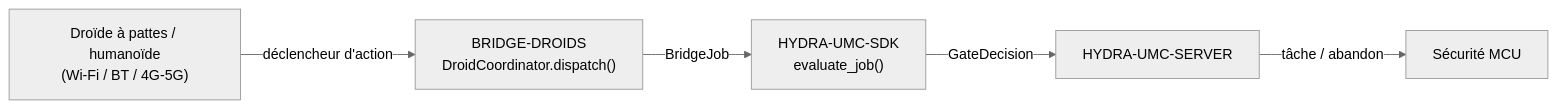
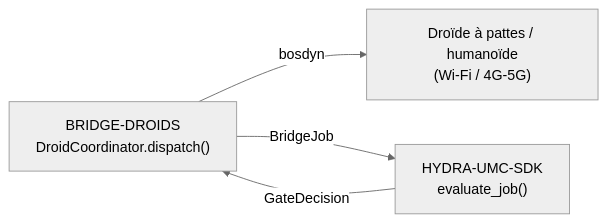
The diagram in README_fra.md (JuanenRac/HYDRA-UMC-BRIDGE-DROIDS), drawn with Mermaid (neutral theme) before and after one commit. The commit also changed other lines of this file and 20 other files, not shown here.

````diff
--- a/README_fra.md
+++ b/README_fra.md
@@ -50,7 +51,6 @@
 ```mermaid
 flowchart LR
-    DROID["Droïde à pattes / humanoïde<br/>(Wi-Fi / BT / 4G-5G)"] -- "déclencheur d'action" --> BRIDGE["BRIDGE-DROIDS<br/>DroidCoordinator.dispatch()"]
+    BRIDGE["BRIDGE-DROIDS<br/>DroidCoordinator.dispatch()"] -- "bosdyn" --> DROID["Droïde à pattes / humanoïde<br/>(Wi-Fi / 4G-5G)"]
     BRIDGE -- BridgeJob --> SDK["HYDRA-UMC-SDK<br/>evaluate_job()"]
-    SDK -- GateDecision --> SERVER["HYDRA-UMC-SERVER"]
-    SERVER -- "tâche / abandon" --> MCU["Sécurité MCU"]
+    SDK -- GateDecision --> BRIDGE
 ```
````
